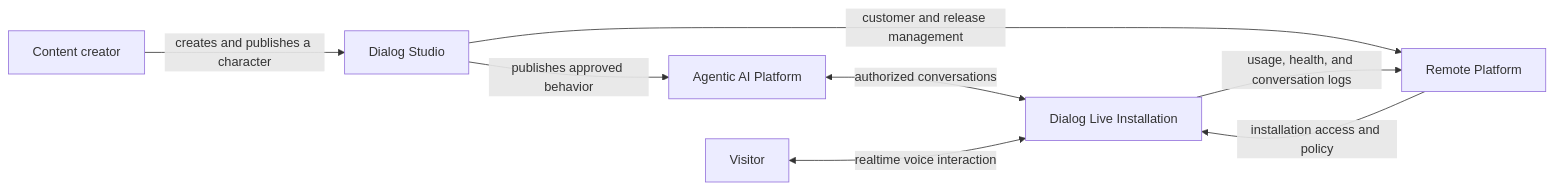
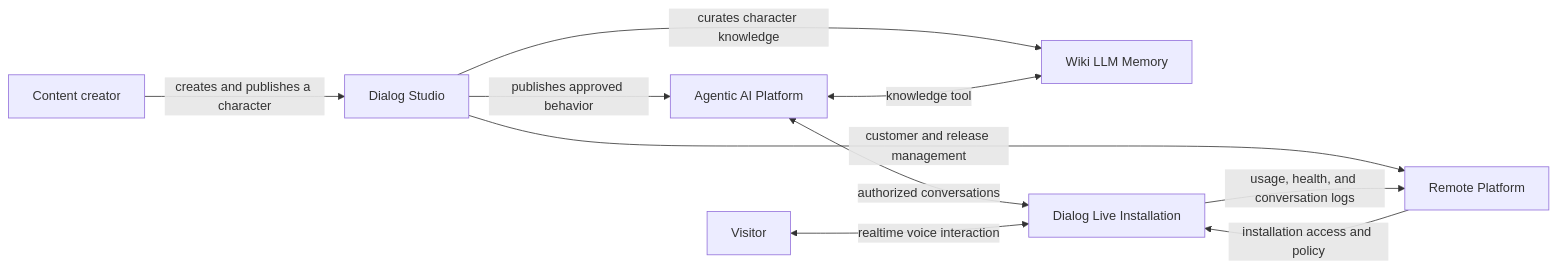
One commit to amizzan84-lab/dialog-live-showcase changed the first of 7 diagrams in README.md. Above: the diagram before and after it, drawn with Mermaid. The commit also changed other lines of this file and 8 other files, not shown here.

````diff
--- a/README.md
+++ b/README.md
@@ -43,17 +51,20 @@
 ```mermaid
 flowchart LR
     CREATOR["Content creator"]
     STUDIO["Dialog Studio"]
     AGENTS["Agentic AI Platform"]
+    WIKI["Wiki LLM Memory"]
     PLATFORM["Remote Platform"]
     LIVE["Dialog Live Installation"]
     VISITOR["Visitor"]
 
     CREATOR -->|"creates and publishes a character"| STUDIO
     STUDIO -->|"publishes approved behavior"| AGENTS
+    STUDIO -->|"curates character knowledge"| WIKI
     STUDIO -->|"customer and release management"| PLATFORM
+    AGENTS <-->|"knowledge tool"| WIKI
     AGENTS <-->|"authorized conversations"| LIVE
     PLATFORM -->|"installation access and policy"| LIVE
     VISITOR <-->|"realtime voice interaction"| LIVE
     LIVE -->|"usage, health, and conversation logs"| PLATFORM
 ```
````
